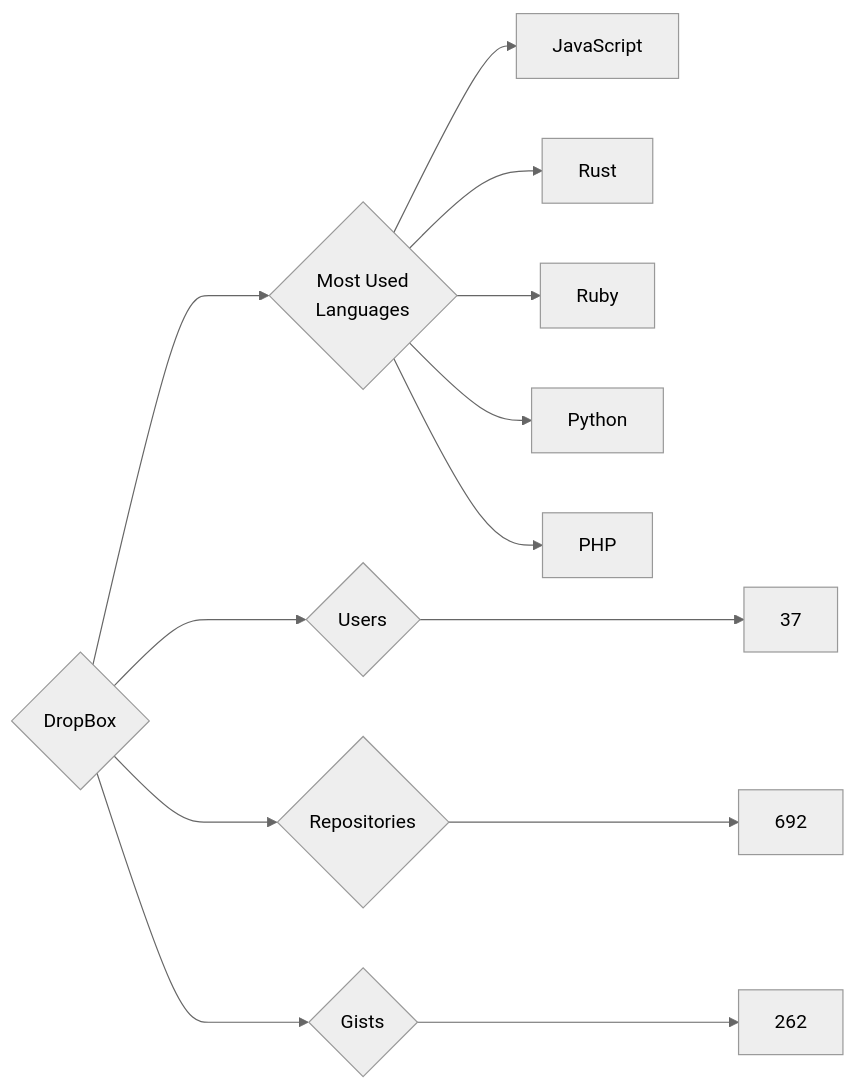
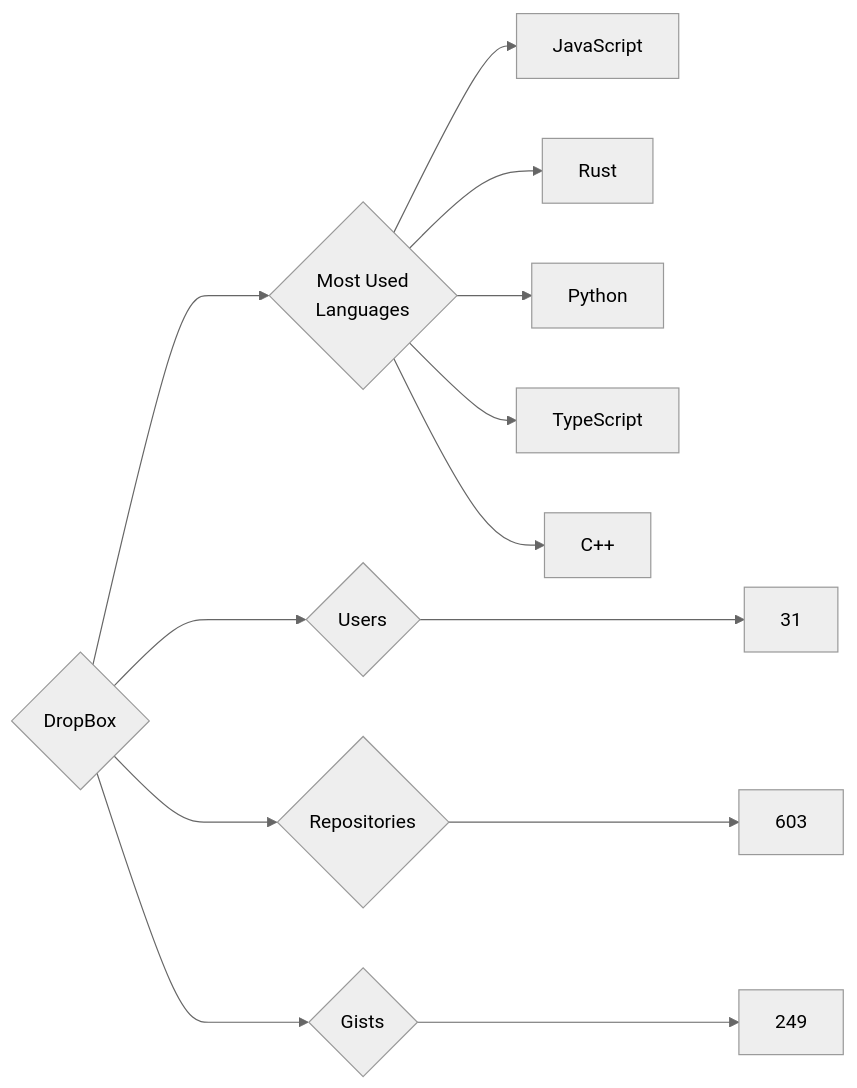
The diagram in targets/DropBox/README.md (trickest/insiders), drawn with Mermaid (neutral theme) before and after one commit. The commit also changed 837 other files, not shown here.

````diff
--- a/targets/DropBox/README.md
+++ b/targets/DropBox/README.md
@@ -3,13 +3,13 @@
 ```mermaid
 graph LR
 COMPANY_NAME{DropBox}
-COMPANY_NAME ---> U{Users} ---> UN[37]
-COMPANY_NAME ---> R{Repositories} ---> RN[692]
-COMPANY_NAME ---> G{Gists} ---> GN[262]
+COMPANY_NAME ---> U{Users} ---> UN[31]
+COMPANY_NAME ---> R{Repositories} ---> RN[603]
+COMPANY_NAME ---> G{Gists} ---> GN[249]
 COMPANY_NAME ---> ML{Most Used<br>Languages}
 ML --> JavaScript[JavaScript]
 ML --> Rust[Rust]
-ML --> Ruby[Ruby]
 ML --> Python[Python]
-ML --> PHP[PHP]
+ML --> TypeScript[TypeScript]
+ML --> C++[C++]
 ```
````
